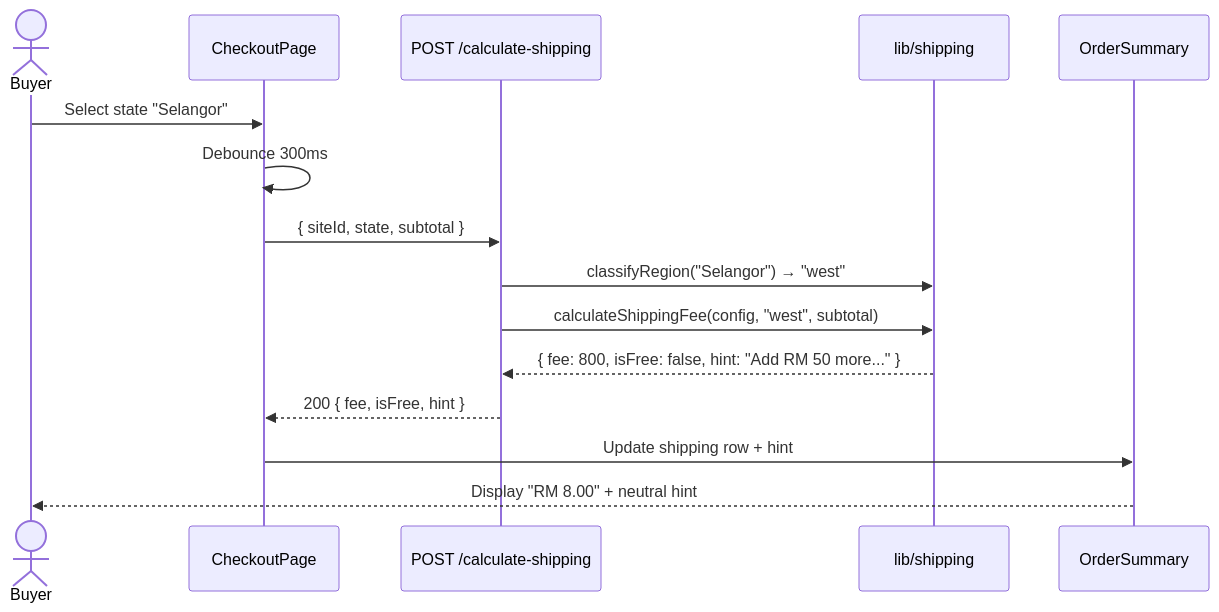
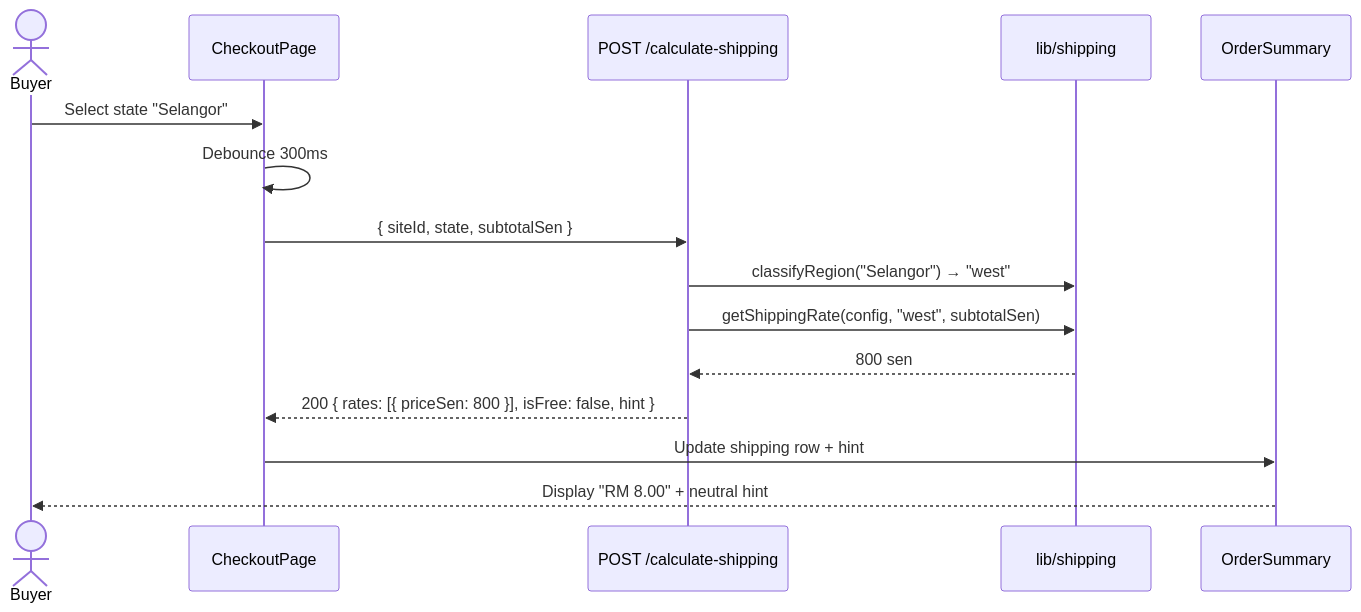
One commit to tranjunp2-cloud/Build-WebStore- changed the first of 2 diagrams in docs/architecture/F14-shipping.md. Above: the diagram before and after it, drawn with Mermaid. The commit also changed other lines of this file and 8 other files, not shown here.

Commit message:
fix(f14): correct shipping fee unit contract

````diff
--- a/docs/architecture/F14-shipping.md
+++ b/docs/architecture/F14-shipping.md
@@ -126,18 +126,18 @@
 ```mermaid
 sequenceDiagram
     actor Buyer
     participant Checkout as CheckoutPage
     participant Calc as POST /calculate-shipping
     participant Lib as lib/shipping
     participant Summary as OrderSummary
 
     Buyer->>Checkout: Select state "Selangor"
     Checkout->>Checkout: Debounce 300ms
-    Checkout->>Calc: { siteId, state, subtotal }
+    Checkout->>Calc: { siteId, state, subtotalSen }
     Calc->>Lib: classifyRegion("Selangor") → "west"
-    Calc->>Lib: calculateShippingFee(config, "west", subtotal)
-    Lib-->>Calc: { fee: 800, isFree: false, hint: "Add RM 50 more..." }
-    Calc-->>Checkout: 200 { fee, isFree, hint }
+    Calc->>Lib: getShippingRate(config, "west", subtotalSen)
+    Lib-->>Calc: 800 sen
+    Calc-->>Checkout: 200 { rates: [{ priceSen: 800 }], isFree: false, hint }
     Checkout->>Summary: Update shipping row + hint
     Summary-->>Buyer: Display "RM 8.00" + neutral hint
 ```
````
